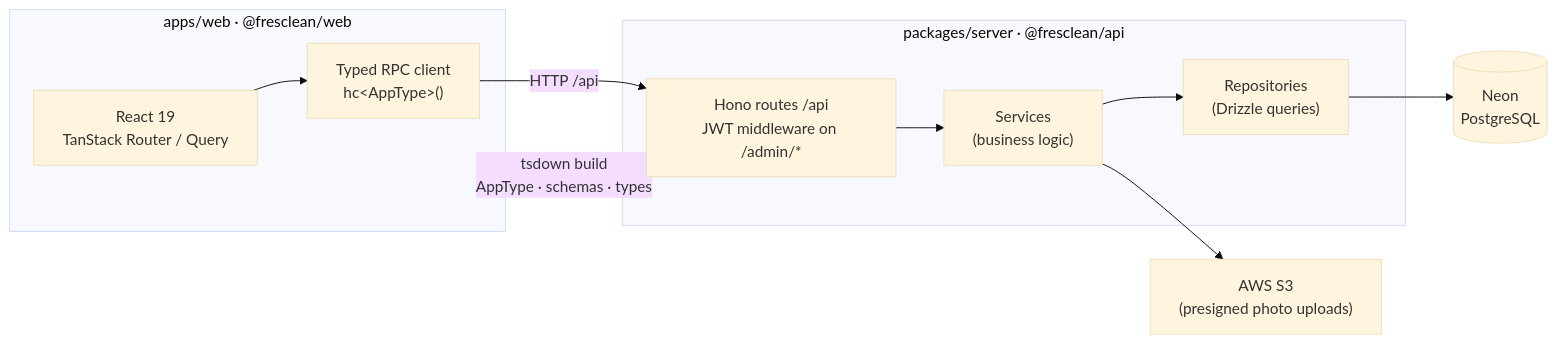
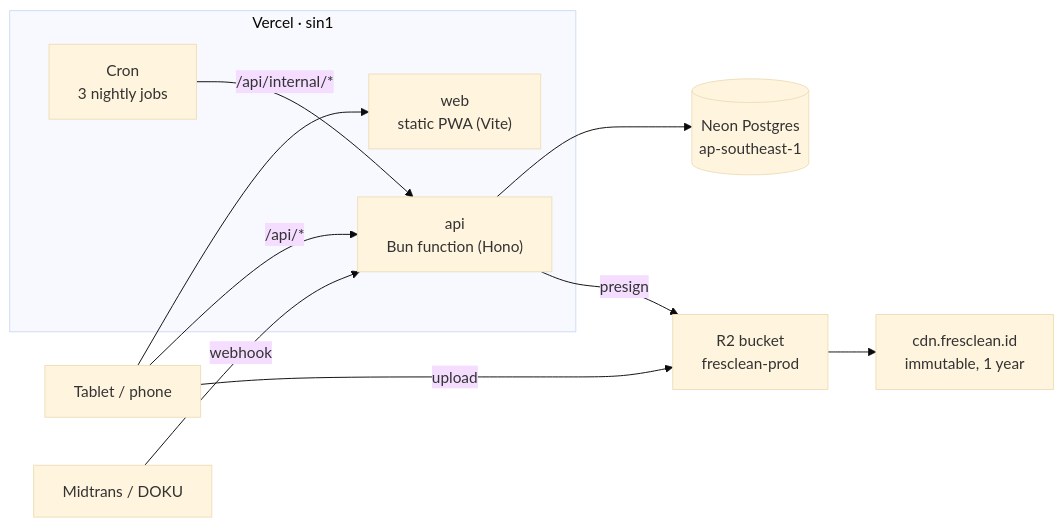
Before and after one commit to jovanhartono/fc-pos: the second of 7 diagrams in README.md, drawn with Mermaid (base theme). The commit also changed other lines of this file and 6 other files, not shown here.

First line of the commit message:
docs: restructure the README as an architecture overview (#225)

````diff
--- a/README.md
+++ b/README.md
@@ -22,20 +50,17 @@
 ```mermaid
 flowchart LR
-    subgraph web["apps/web · @fresclean/web"]
-        UI["React 19<br/>TanStack Router / Query"]
-        RPC["Typed RPC client<br/>hc&lt;AppType&gt;()"]
-        UI --> RPC
+    subgraph vercel["Vercel · sin1"]
+        Web["web<br/>static PWA (Vite)"]
+        API["api<br/>Bun function (Hono)"]
+        Cron["Cron<br/>3 nightly jobs"]
     end
 
-    subgraph server["packages/server · @fresclean/api"]
-        Routes["Hono routes /api<br/>JWT middleware on /admin/*"]
-        Services["Services<br/>(business logic)"]
-        Repos["Repositories<br/>(Drizzle queries)"]
-        Routes --> Services --> Repos
-    end
-
-    RPC -- "HTTP /api" --> Routes
-    Repos --> DB[("Neon<br/>PostgreSQL")]
-    Services --> S3["AWS S3<br/>(presigned photo uploads)"]
-    server -. "tsdown build<br/>AppType · schemas · types" .-> web
+    Browser["Tablet / phone"] --> Web
+    Browser -- "/api/*" --> API
+    Cron -- "/api/internal/*" --> API
+    API --> Neon[("Neon Postgres<br/>ap-southeast-1")]
+    API -- "presign" --> R2["R2 bucket<br/>fresclean-prod"]
+    Browser -- "upload" --> R2
+    R2 --> CDN["cdn.fresclean.id<br/>immutable, 1 year"]
+    Gateway["Midtrans / DOKU"] -- "webhook" --> API
 ```
````
